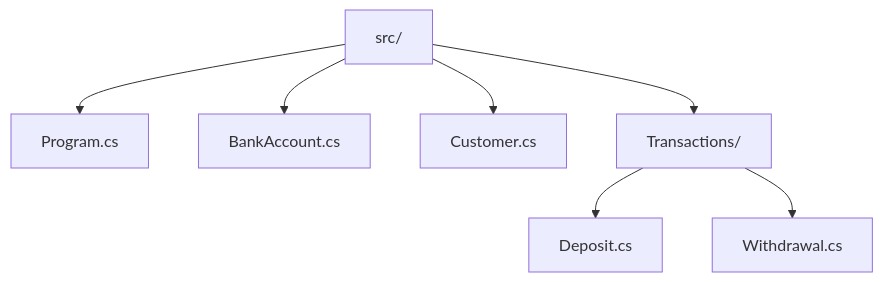
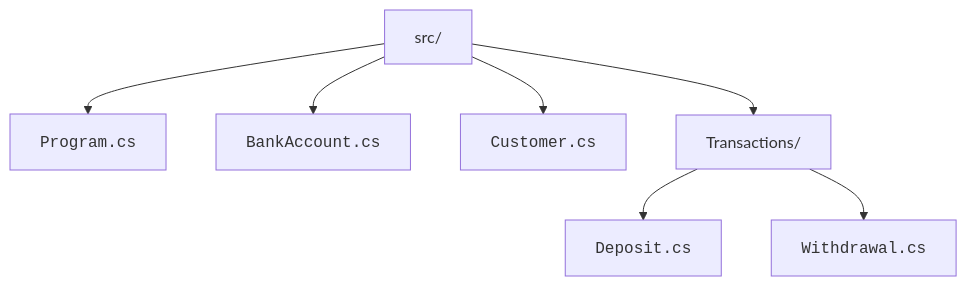
The first of 2 diagrams in content/learn/intro-modern-csharp/software-organization.mdx (dataslope/dataslope), drawn with Mermaid before and after one commit. The commit also changed 218 other files, not shown here.

First line of the commit message:
Render code-only mermaid shapes in monospace; convert step sequences to Steps (#467)

````diff
--- a/content/learn/intro-modern-csharp/software-organization.mdx
+++ b/content/learn/intro-modern-csharp/software-organization.mdx
@@ -31,10 +31,10 @@
 ```mermaid
 flowchart TD
     F["src/"]
-    F --> A["Program.cs"]
-    F --> B["BankAccount.cs"]
-    F --> C["Customer.cs"]
+    F --> A["<code>Program.cs</code>"]
+    F --> B["<code>BankAccount.cs</code>"]
+    F --> C["<code>Customer.cs</code>"]
     F --> D["Transactions/"]
-    D --> D1["Deposit.cs"]
-    D --> D2["Withdrawal.cs"]
+    D --> D1["<code>Deposit.cs</code>"]
+    D --> D2["<code>Withdrawal.cs</code>"]
 ```
````
